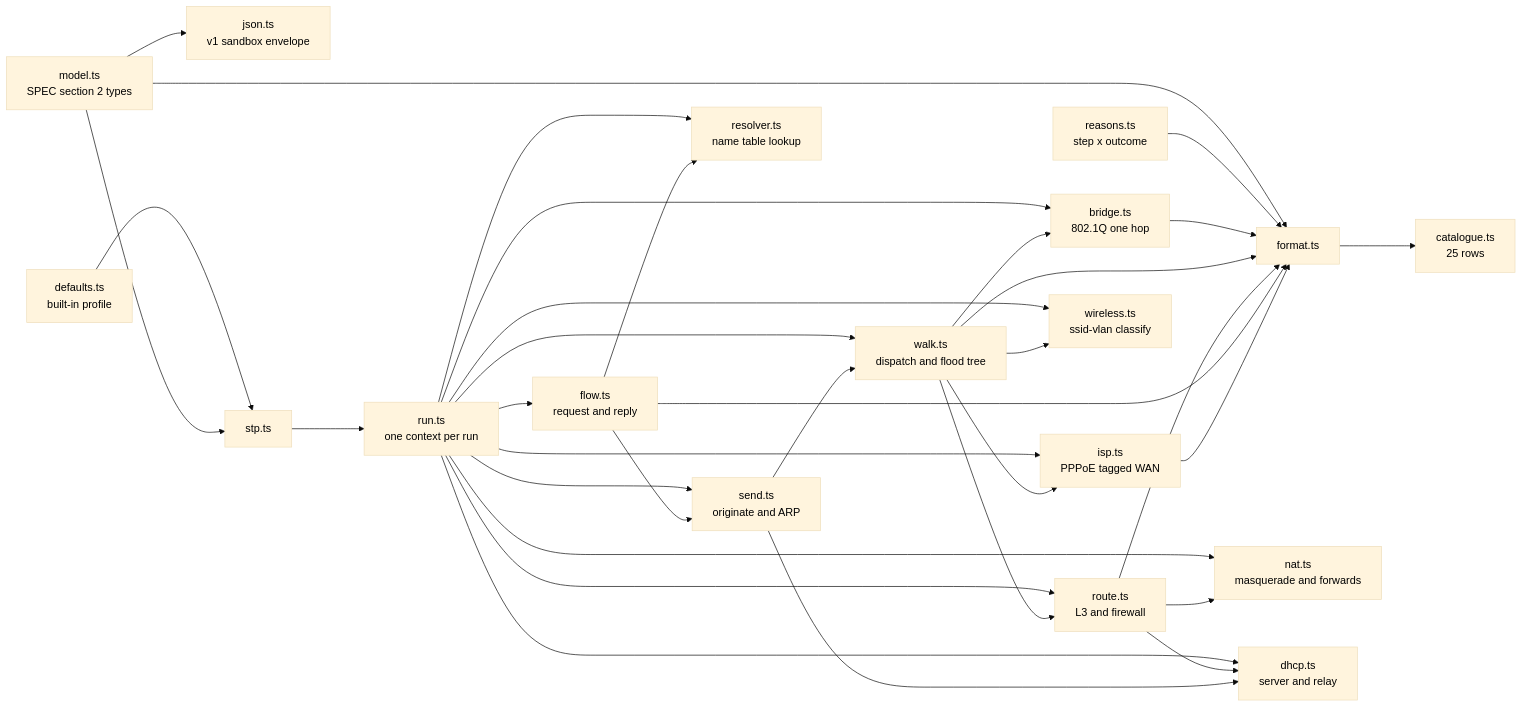
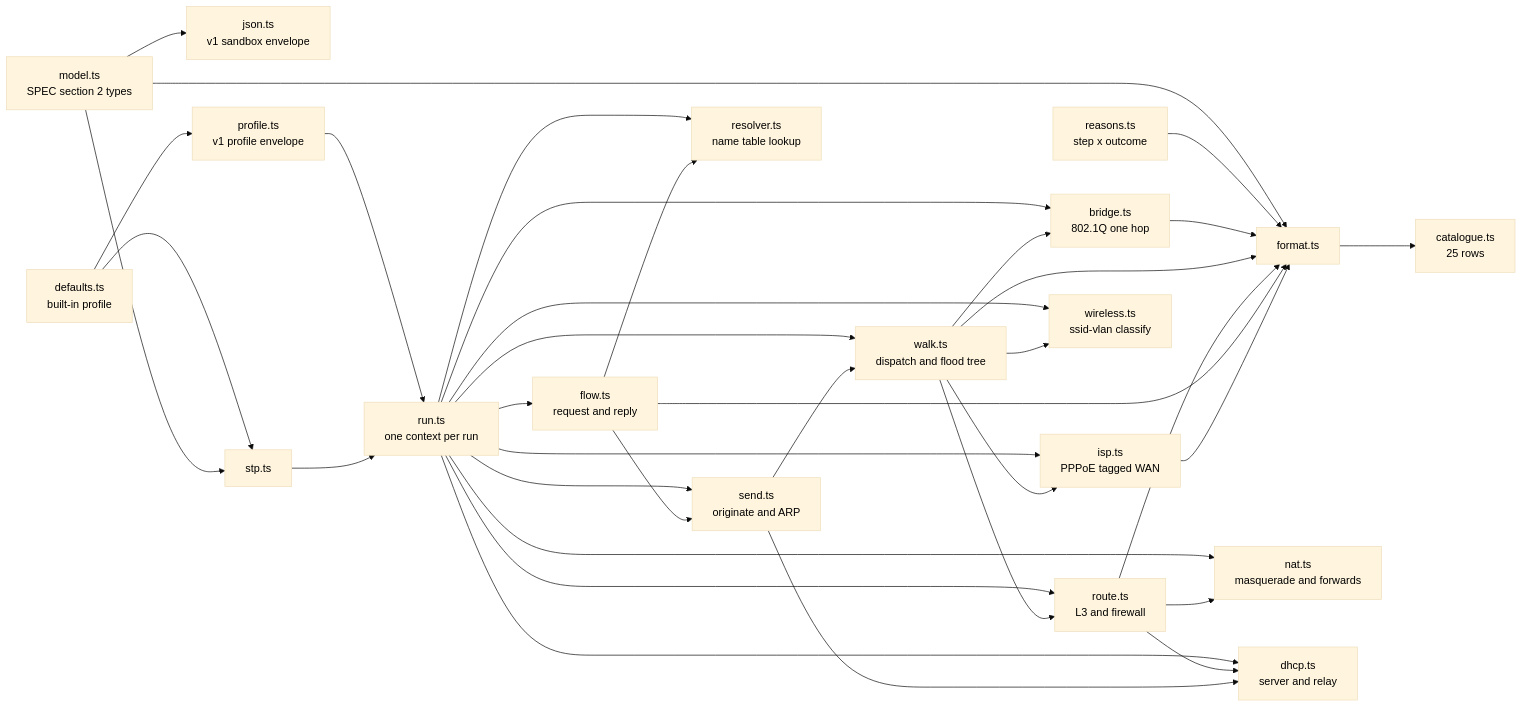
Before and after one commit to alanfong93/network-sandbox: the first of 4 diagrams in docs/architecture.md, drawn with Mermaid (base theme). The commit also changed other lines of this file and 7 other files, not shown here.

Commit message:
feat: profile schema, loader, and versioning (#138) (#139)

````diff
--- a/docs/architecture.md
+++ b/docs/architecture.md
@@ -29,53 +29,56 @@
 ```mermaid
 flowchart LR
     M[model.ts<br>SPEC section 2 types] --> F[format.ts]
     M --> J[json.ts<br>v1 sandbox envelope]
     R[reasons.ts<br>step x outcome] --> F
     F --> C[catalogue.ts<br>25 rows]
-    D[defaults.ts<br>built-in profile] --> S[stp.ts]
+    D[defaults.ts<br>built-in profile] --> PF[profile.ts<br>v1 profile envelope]
+    PF --> U[run.ts<br>one context per run]
+    D --> S[stp.ts]
     M --> S
-    S --> U[run.ts<br>one context per run]
+    S --> U
     U --> B[bridge.ts<br>802.1Q one hop]
     U --> W[walk.ts<br>dispatch and flood tree]
     U --> O[route.ts<br>L3 and firewall]
     U --> NA[nat.ts<br>masquerade and forwards]
     U --> DH[dhcp.ts<br>server and relay]
     U --> ISP[isp.ts<br>PPPoE tagged WAN]
     U --> WL[wireless.ts<br>ssid-vlan classify]
     U --> N[send.ts<br>originate and ARP]
     U --> L[flow.ts<br>request and reply]
     U --> RS[resolver.ts<br>name table lookup]
     W --> B
     W --> O
     W --> ISP
     W --> WL
     O --> NA
     O --> DH
     N --> W
     N --> DH
     L --> N
     L --> RS
     B --> F
     W --> F
     O --> F
     L --> F
     ISP --> F
     style M color:#000
     style J color:#000
     style R color:#000
     style F color:#000
     style C color:#000
     style D color:#000
+    style PF color:#000
     style S color:#000
     style U color:#000
     style B color:#000
     style W color:#000
     style O color:#000
     style NA color:#000
     style DH color:#000
     style ISP color:#000
     style WL color:#000
     style N color:#000
     style L color:#000
     style RS color:#000
 ```
````
